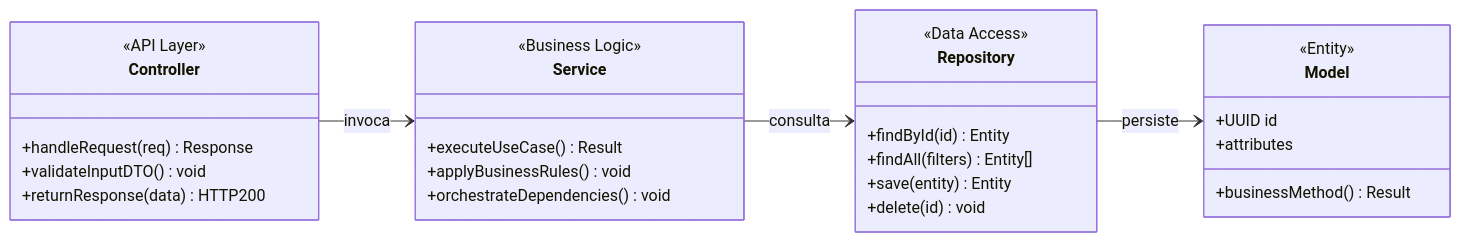
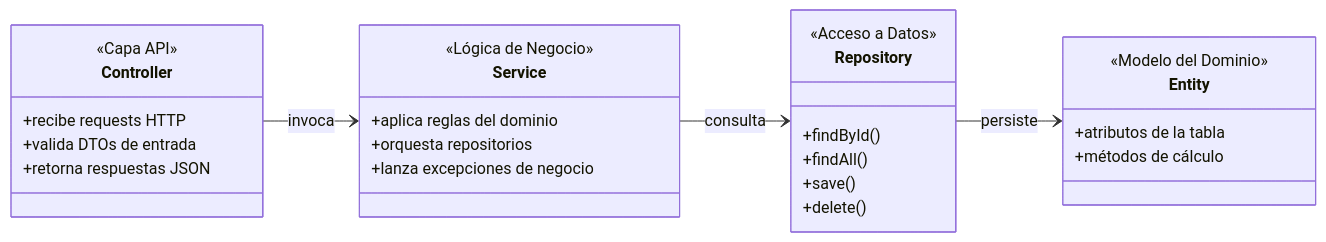
The third of 12 diagrams in BackEnd-Arquitectura.md (holyusm/INF-301-WWW), drawn with Mermaid before and after one commit. The commit also changed other lines of this file, not shown here.

````diff
--- a/BackEnd-Arquitectura.md
+++ b/BackEnd-Arquitectura.md
@@ -262,37 +271,36 @@
 ```mermaid
 classDiagram
     direction LR
 
     class Controller {
-        <<API Layer>>
-        +handleRequest(req) Response
-        +validateInputDTO() void
-        +returnResponse(data) HTTP200
+        <<Capa API>>
+        +recibe requests HTTP
+        +valida DTOs de entrada
+        +retorna respuestas JSON
     }
 
     class Service {
-        <<Business Logic>>
-        +executeUseCase() Result
-        +applyBusinessRules() void
-        +orchestrateDependencies() void
+        <<Lógica de Negocio>>
+        +aplica reglas del dominio
+        +orquesta repositorios
+        +lanza excepciones de negocio
     }
 
     class Repository {
-        <<Data Access>>
-        +findById(id) Entity
-        +findAll(filters) Entity[]
-        +save(entity) Entity
-        +delete(id) void
+        <<Acceso a Datos>>
+        +findById()
+        +findAll()
+        +save()
+        +delete()
     }
 
-    class Model {
-        <<Entity>>
-        +UUID id
-        +attributes
-        +businessMethod() Result
+    class Entity {
+        <<Modelo del Dominio>>
+        +atributos de la tabla
+        +métodos de cálculo
     }
 
     Controller --> Service : invoca
     Service --> Repository : consulta
-    Repository --> Model : persiste
+    Repository --> Entity : persiste
 ```
````
